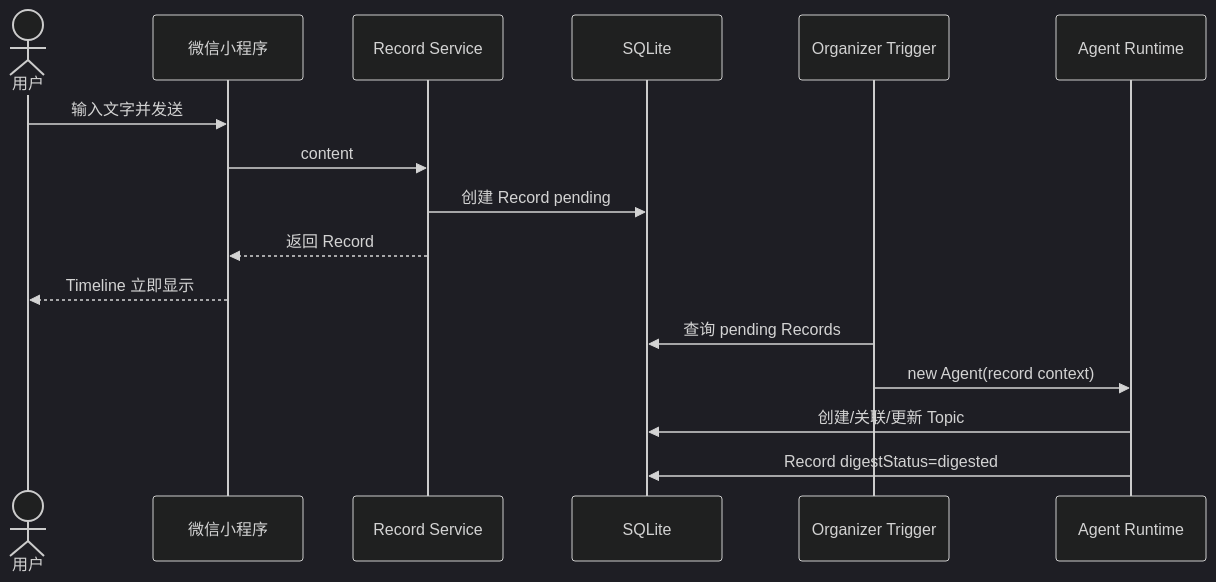
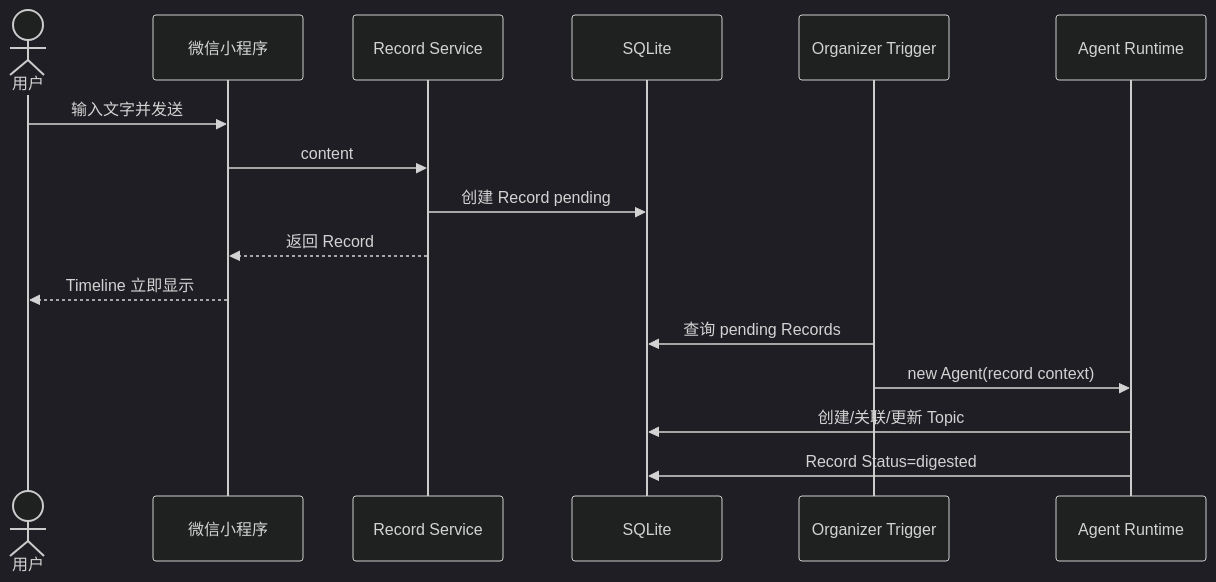
The sixth of 9 diagrams in docs/backend-architecture.md (huiru-wang/eiko), drawn with Mermaid (dark theme) before and after one commit. The commit also changed other lines of this file and 71 other files, not shown here.

````diff
--- a/docs/backend-architecture.md
+++ b/docs/backend-architecture.md
@@ -757,19 +561,19 @@
 ```mermaid
 sequenceDiagram
     actor U as 用户
     participant MP as 微信小程序
     participant API as Record Service
     participant DB as SQLite
     participant TR as Organizer Trigger
     participant AG as Agent Runtime
 
     U->>MP: 输入文字并发送
     MP->>API: content
     API->>DB: 创建 Record pending
     API-->>MP: 返回 Record
     MP-->>U: Timeline 立即显示
     TR->>DB: 查询 pending Records
     TR->>AG: new Agent(record context)
     AG->>DB: 创建/关联/更新 Topic
-    AG->>DB: Record digestStatus=digested
+    AG->>DB: Record Status=digested
 ```
````
